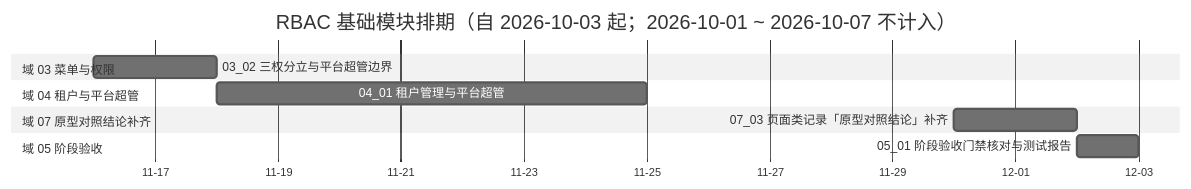
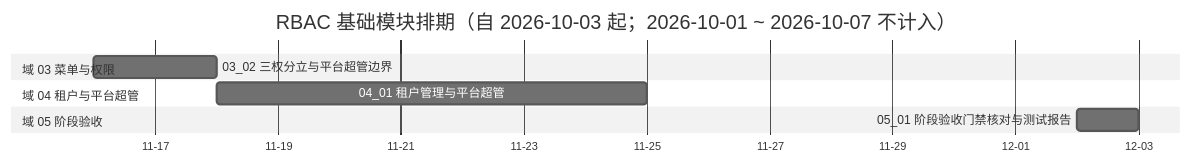
The diagram in bms文档/项目/07_RBAC基础模块/计划/01_计划_RBAC基础模块.md (minjian123/basic-management-system), drawn with Mermaid (neutral theme) before and after one commit. The commit also changed other lines of this file and 37 other files, not shown here.

First line of the commit message:
docs(07): 07_03 页面类记录「原型对照结论」补齐（8 份逐页真机对照 + 4 项偏离就地修复）

````diff
--- a/bms文档/项目/07_RBAC基础模块/计划/01_计划_RBAC基础模块.md
+++ b/bms文档/项目/07_RBAC基础模块/计划/01_计划_RBAC基础模块.md
@@ -65,16 +67,15 @@
 ```mermaid
 gantt
     title RBAC 基础模块排期（自 2026-10-03 起；2026-10-01 ~ 2026-10-07 不计入）
     dateFormat  YYYY-MM-DD
     axisFormat %m-%d
     section 域 01 插件化挂接
     section 域 03 菜单与权限
     03_02 三权分立与平台超管边界 :a0302, 2026-11-16, 2d
     section 域 02 用户与角色
     section 域 04 租户与平台超管
     04_01 租户管理与平台超管 :a0401, 2026-11-18, 7d
     section 域 07 原型对照结论补齐
-    07_03 页面类记录「原型对照结论」补齐 :a0703, 2026-11-30, 2d
     section 域 05 阶段验收
     05_01 阶段验收门禁核对与测试报告 :a0501, 2026-12-02, 1d
 ```
````
